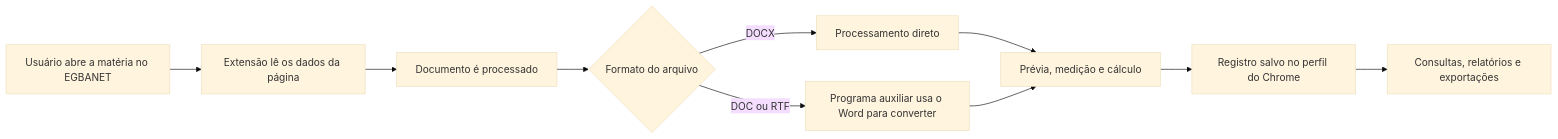
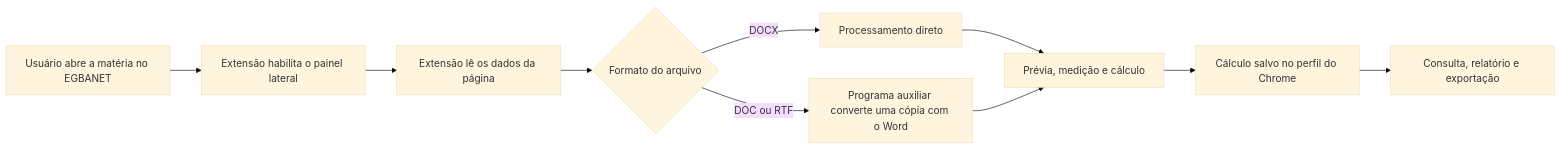
The diagram in docs/09-REFERENCIA-TECNICA.md (guedesle/regua-municipios-a-vista), drawn with Mermaid (base theme) before and after one commit. The commit also changed other lines of this file, not shown here.

````diff
--- a/docs/09-REFERENCIA-TECNICA.md
+++ b/docs/09-REFERENCIA-TECNICA.md
@@ -24,12 +35,12 @@
 ```mermaid
 flowchart LR
-    A[Usuário abre a matéria no EGBANET] --> B[Extensão lê os dados da página]
-    B --> C[Documento é processado]
+    A[Usuário abre a matéria no EGBANET] --> B[Extensão habilita o painel lateral]
+    B --> C[Extensão lê os dados da página]
     C --> D{Formato do arquivo}
     D -->|DOCX| E[Processamento direto]
-    D -->|DOC ou RTF| F[Programa auxiliar usa o Word para converter]
+    D -->|DOC ou RTF| F[Programa auxiliar converte uma cópia com o Word]
     E --> G[Prévia, medição e cálculo]
     F --> G
-    G --> H[Registro salvo no perfil do Chrome]
-    H --> I[Consultas, relatórios e exportações]
+    G --> H[Cálculo salvo no perfil do Chrome]
+    H --> I[Consulta, relatório e exportação]
 ```
````
